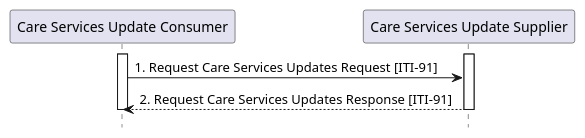
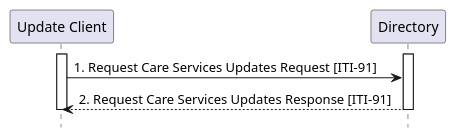
One commit to IHE/ITI.mCSD changed the diagram in input/images-source/ITI-91-seq.plantuml. Above: the diagram before and after it, drawn with PlantUML. The commit also changed 9 other files, not shown here.

Commit message:
Updated transaction and use case diagrams for the new actor names.

```diff
--- a/input/images-source/ITI-91-seq.plantuml
+++ b/input/images-source/ITI-91-seq.plantuml
@@ -1,11 +1,11 @@
 @startuml
 hide footbox
-participant "Care Services Update Consumer" as Client
-participant "Care Services Update Supplier" as Server
+participant "Update Client" as Client
+participant "Directory" as Server
 activate Client
 activate Server
 Client -> Server : 1. Request Care Services Updates Request [ITI-91]
 Server --> Client : 2. Request Care Services Updates Response [ITI-91]
 deactivate Client
 deactivate Server
 @enduml
```
